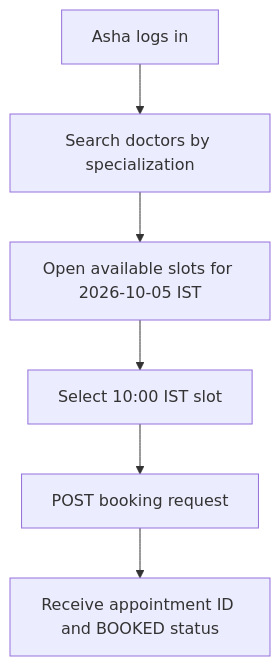
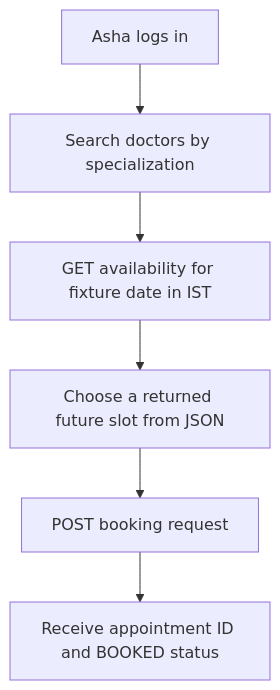
Before and after one commit to sukurcf/spec-clinicq-appointment-api: the first of 3 diagrams in docs/02-users-and-roles.md, drawn with Mermaid. The commit also changed other lines of this file and 14 other files, not shown here.

````diff
--- a/docs/02-users-and-roles.md
+++ b/docs/02-users-and-roles.md
@@ -62,8 +62,8 @@
 ```mermaid
 flowchart TD
   A["Asha logs in"] --> B["Search doctors by specialization"]
-  B --> C["Open available slots for 2026-10-05 IST"]
-  C --> D["Select 10:00 IST slot"]
+  B --> C["GET availability for fixture date in IST"]
+  C --> D["Choose a returned future slot from JSON"]
   D --> E["POST booking request"]
   E --> F["Receive appointment ID and BOOKED status"]
 ```
````
